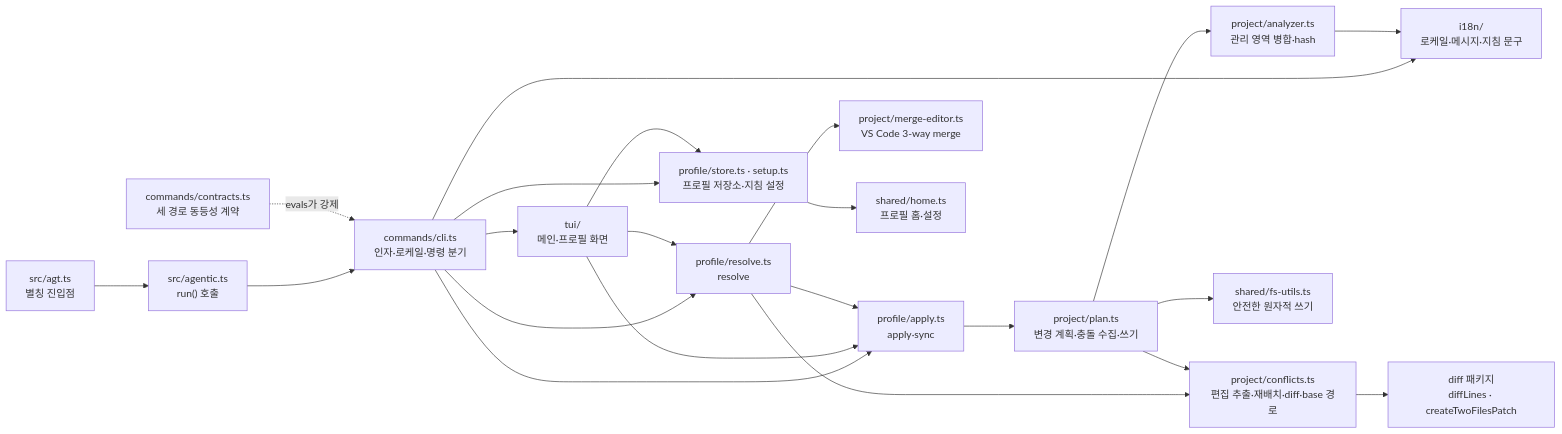
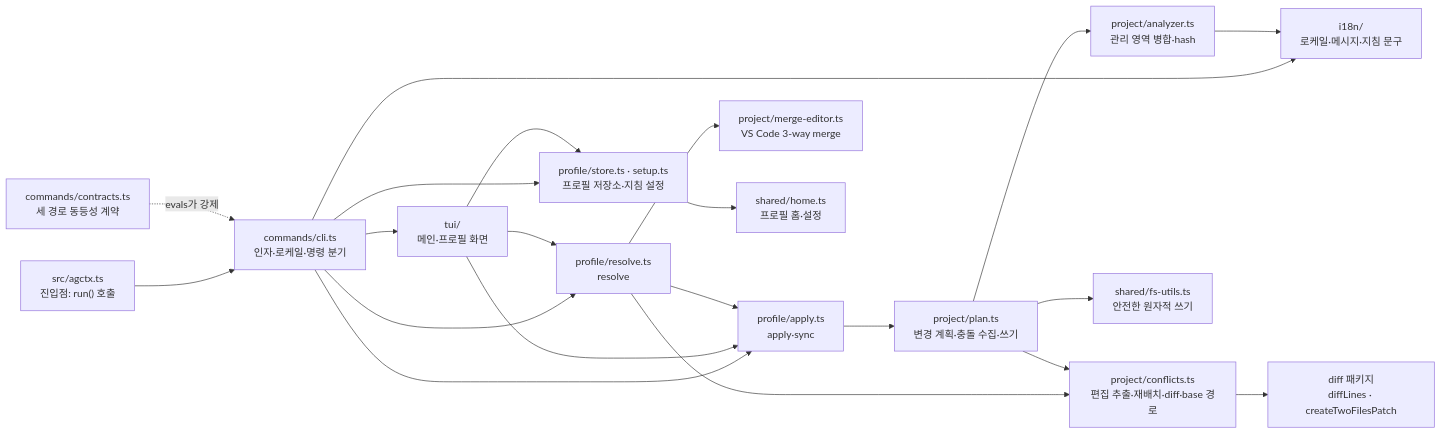
The first of 8 diagrams in docs/architecture/implementation-mechanics.md (IsthisLee/agent-context-manager), drawn with Mermaid before and after one commit. The commit also changed other lines of this file and 73 other files, not shown here.

````diff
--- a/docs/architecture/implementation-mechanics.md
+++ b/docs/architecture/implementation-mechanics.md
@@ -22,24 +22,23 @@
 ```mermaid
 flowchart LR
-  agt["src/agt.ts<br/>별칭 진입점"] --> entry["src/agentic.ts<br/>run() 호출"]
-  entry --> cli["commands/cli.ts<br/>인자·로케일·명령 분기"]
+  entry["src/agctx.ts<br/>진입점: run() 호출"] --> cli["commands/cli.ts<br/>인자·로케일·명령 분기"]
   cli --> tui["tui/<br/>메인·프로필 화면"]
   cli --> store["profile/store.ts · setup.ts<br/>프로필 저장소·지침 설정"]
   cli --> apply["profile/apply.ts<br/>apply·sync"]
   cli --> resolve["profile/resolve.ts<br/>resolve"]
   tui --> store
   tui --> apply
   tui --> resolve
   resolve --> apply
   apply --> plan["project/plan.ts<br/>변경 계획·충돌 수집·쓰기"]
   resolve --> merge["project/merge-editor.ts<br/>VS Code 3-way merge"]
   resolve --> conflicts["project/conflicts.ts<br/>편집 추출·재배치·diff·base 경로"]
   plan --> analyzer["project/analyzer.ts<br/>관리 영역 병합·hash"]
   plan --> conflicts
   plan --> fsutils["shared/fs-utils.ts<br/>안전한 원자적 쓰기"]
   store --> home["shared/home.ts<br/>프로필 홈·설정"]
   cli --> i18n["i18n/<br/>로케일·메시지·지침 문구"]
   analyzer --> i18n
   conflicts --> jsdiff["diff 패키지<br/>diffLines · createTwoFilesPatch"]
   contracts["commands/contracts.ts<br/>세 경로 동등성 계약"] -.->|"evals가 강제"| cli
 ```
````
